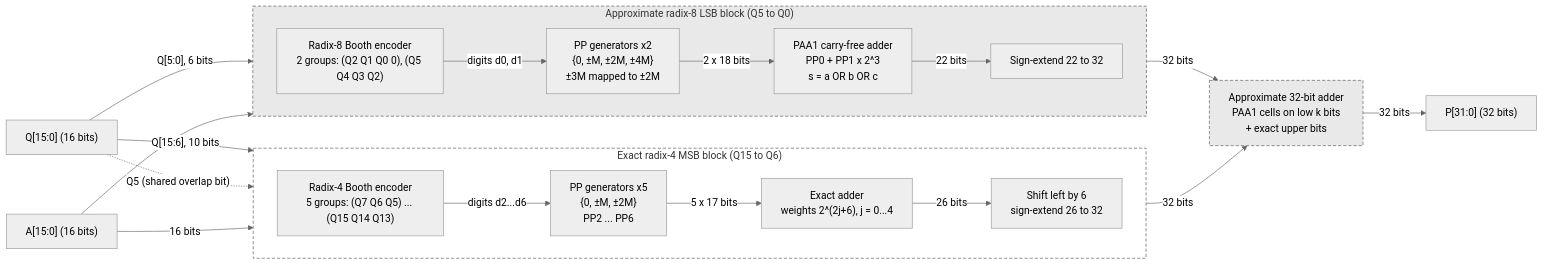
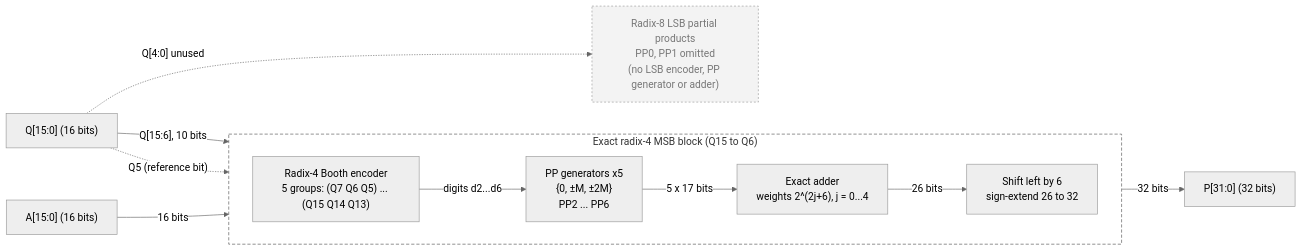
The diagram in diagrams/arch_v2.mmd (pratyush21-ux/H2R-MULT), drawn with Mermaid (neutral theme) before and after one commit. The commit also changed 9 other files, not shown here.

Commit message:
Define v2 as LSB-omitted variant; add error distribution and worst-case metrics (R1-22)

```diff
--- a/diagrams/arch_v2.mmd
+++ b/diagrams/arch_v2.mmd
@@ -1,43 +1,28 @@
 flowchart LR
     A["A[15:0] (16 bits)"]
     Q["Q[15:0] (16 bits)"]
 
     subgraph MSB["Exact radix-4 MSB block (Q15 to Q6)"]
         direction LR
         R4E["Radix-4 Booth encoder<br/>5 groups: (Q7 Q6 Q5) ... (Q15 Q14 Q13)"]
         R4P["PP generators x5<br/>{0, ±M, ±2M}<br/>PP2 ... PP6"]
         R4A["Exact adder<br/>weights 2^(2j+6), j = 0...4"]
         R4S["Shift left by 6<br/>sign-extend 26 to 32"]
         R4E -- "digits d2...d6" --> R4P
         R4P -- "5 x 17 bits" --> R4A
         R4A -- "26 bits" --> R4S
     end
 
-    subgraph LSB["Approximate radix-8 LSB block (Q5 to Q0)"]
-        direction LR
-        R8E["Radix-8 Booth encoder<br/>2 groups: (Q2 Q1 Q0 0), (Q5 Q4 Q3 Q2)"]
-        R8P["PP generators x2<br/>{0, ±M, ±2M, ±4M}<br/>±3M mapped to ±2M"]
-        PAA["PAA1 carry-free adder<br/>PP0 + PP1 x 2^3<br/>s = a OR b OR c"]
-        R8S["Sign-extend 22 to 32"]
-        R8E -- "digits d0, d1" --> R8P
-        R8P -- "2 x 18 bits" --> PAA
-        PAA -- "22 bits" --> R8S
-    end
-
-    FA["Approximate 32-bit adder<br/>PAA1 cells on low k bits<br/>+ exact upper bits"]
+    LSB["Radix-8 LSB partial products<br/>PP0, PP1 omitted<br/>(no LSB encoder, PP generator or adder)"]
     P["P[31:0] (32 bits)"]
 
     Q -- "Q[15:6], 10 bits" --> R4E
-    Q -- "Q[5:0], 6 bits" --> R8E
-    Q -. "Q5 (shared overlap bit)" .-> R4E
+    Q -. "Q5 (reference bit)" .-> R4E
+    Q -. "Q[4:0] unused" .-> LSB
     A -- "16 bits" --> R4P
-    A --> R8P
-    R4S -- "32 bits" --> FA
-    R8S -- "32 bits" --> FA
-    FA -- "32 bits" --> P
+    R4S -- "32 bits" --> P
 
-    classDef approx fill:#e9e9e9,stroke:#555,stroke-dasharray:5 3
     classDef exact fill:#ffffff,stroke:#555,stroke-dasharray:5 3
-    class LSB approx
+    classDef omitted fill:#f3f3f3,stroke:#999,stroke-dasharray:3 3,color:#777
     class MSB exact
-    class FA approx
+    class LSB omitted
```
